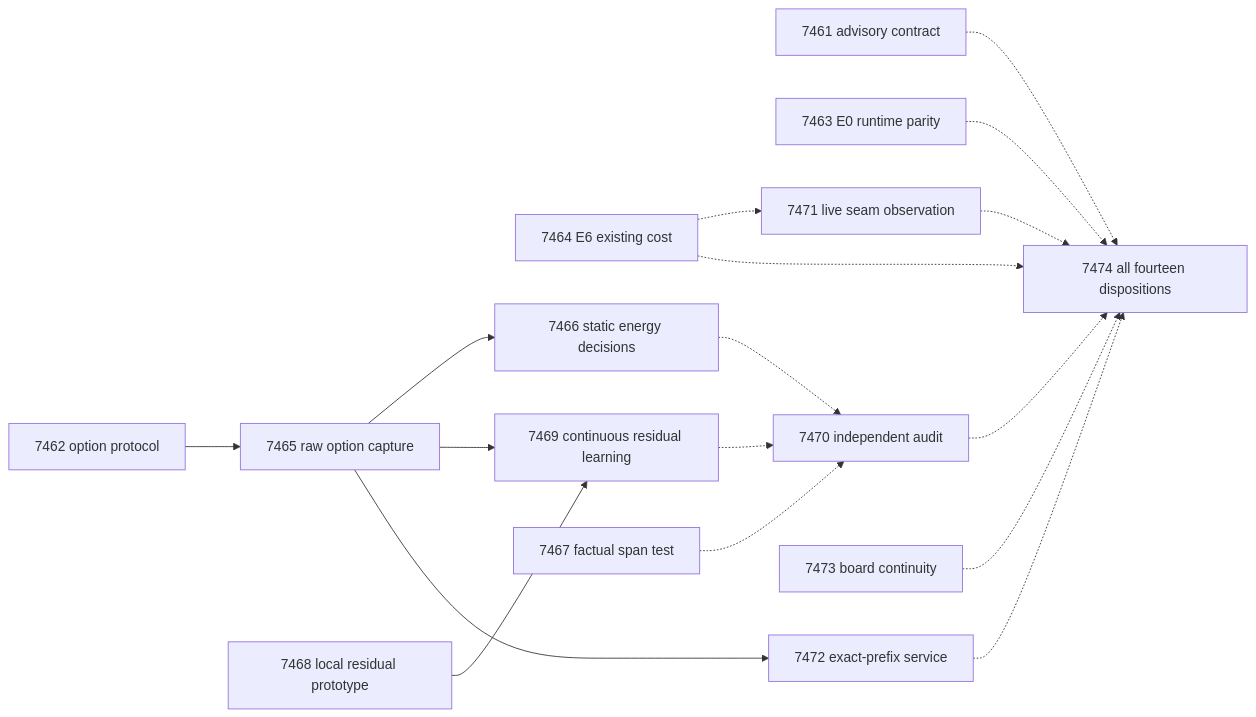
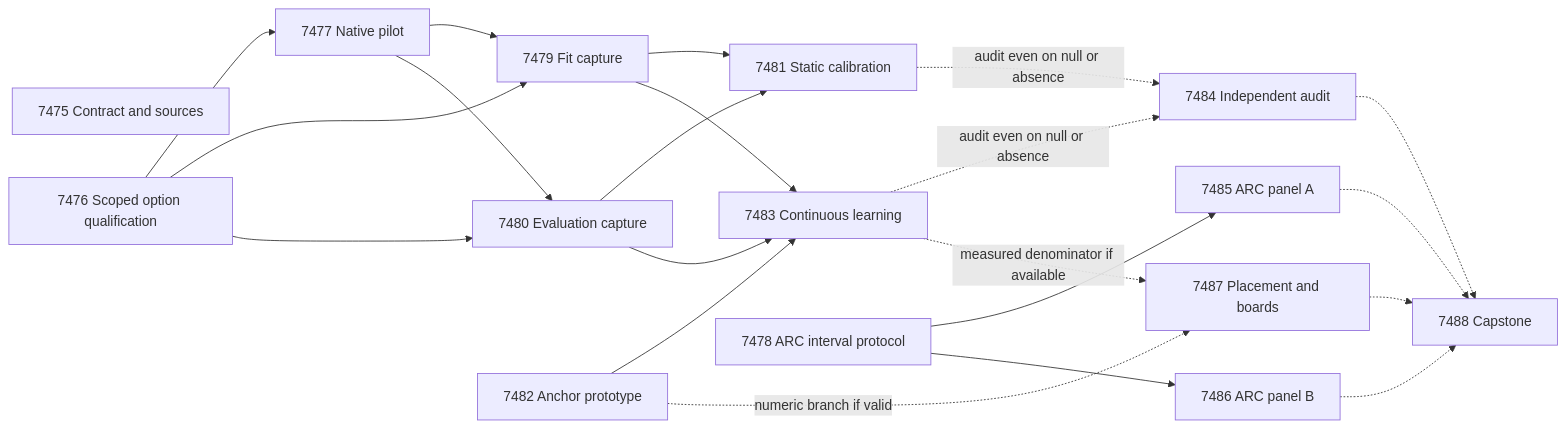
Before and after one commit to Carnot-EBM/carnot-ebm: the second of 2 diagrams in openspec/change-proposals/research-roadmap-vNEXT.md, drawn with Mermaid. The commit also changed other lines of this file and 15 other files, not shown here.

````diff
--- a/openspec/change-proposals/research-roadmap-vNEXT.md
+++ b/openspec/change-proposals/research-roadmap-vNEXT.md
@@ -311,22 +430,24 @@
 ```mermaid
 flowchart LR
-    E7461[7461 advisory contract]
-    E7462[7462 option protocol] --> E7465[7465 raw option capture]
-    E7463[7463 E0 runtime parity]
-    E7464[7464 E6 existing cost] -.-> E7471[7471 live seam observation]
-    E7465 --> E7466[7466 static energy decisions]
-    E7465 --> E7469[7469 continuous residual learning]
-    E7468[7468 local residual prototype] --> E7469
-    E7466 -.-> E7470[7470 independent audit]
-    E7469 -.-> E7470
-    E7467[7467 factual span test] -.-> E7470
-    E7465 --> E7472[7472 exact-prefix service]
-    E7473[7473 board continuity]
-    E7461 -.-> E7474[7474 all fourteen dispositions]
-    E7463 -.-> E7474
-    E7464 -.-> E7474
-    E7470 -.-> E7474
-    E7471 -.-> E7474
-    E7472 -.-> E7474
-    E7473 -.-> E7474
+    e7475[7475 Contract and sources]
+    e7476[7476 Scoped option qualification] --> e7477[7477 Native pilot]
+    e7476 --> e7479[7479 Fit capture]
+    e7476 --> e7480[7480 Evaluation capture]
+    e7477 --> e7479
+    e7477 --> e7480
+    e7479 --> e7481[7481 Static calibration]
+    e7480 --> e7481
+    e7479 --> e7483[7483 Continuous learning]
+    e7480 --> e7483
+    e7482[7482 Anchor prototype] --> e7483
+    e7481 -. audit even on null or absence .-> e7484[7484 Independent audit]
+    e7483 -. audit even on null or absence .-> e7484
+    e7478[7478 ARC interval protocol] --> e7485[7485 ARC panel A]
+    e7478 --> e7486[7486 ARC panel B]
+    e7482 -. numeric branch if valid .-> e7487[7487 Placement and boards]
+    e7483 -. measured denominator if available .-> e7487
+    e7484 -.-> e7488[7488 Capstone]
+    e7485 -.-> e7488
+    e7486 -.-> e7488
+    e7487 -.-> e7488
 ```
````
